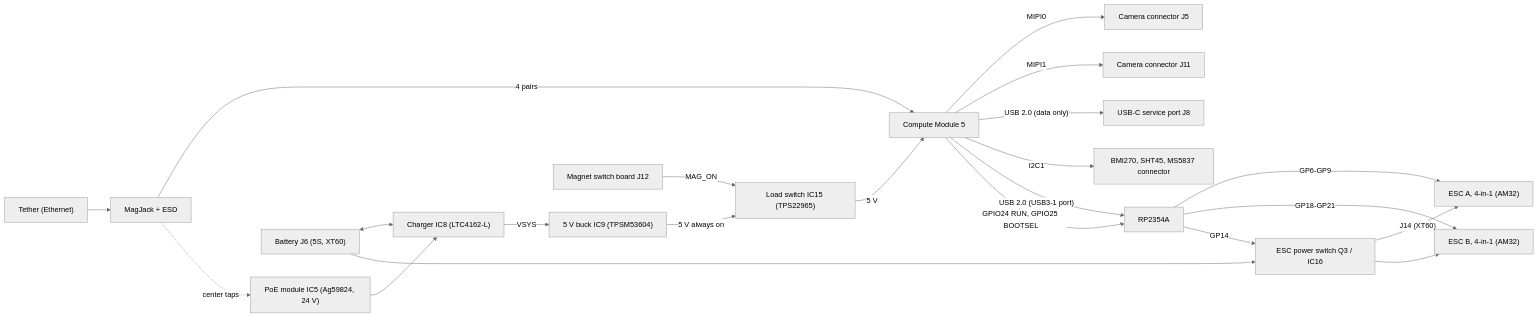
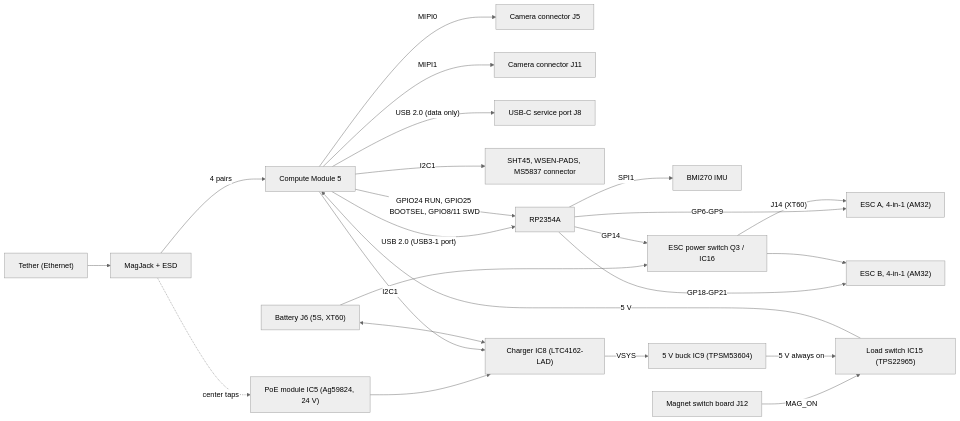
Before and after one commit to Tropaion/Manafish_Mainboard: the diagram in README.md, drawn with Mermaid (neutral theme). The commit also changed other lines of this file and 3 other files, not shown here.

````diff
--- a/README.md
+++ b/README.md
@@ -23,24 +27,26 @@
 ```mermaid
 flowchart LR
   tether["Tether (Ethernet)"] --> magjack["MagJack + ESD"]
   magjack -->|4 pairs| cm5["Compute Module 5"]
   magjack -.->|center taps| poe["PoE module IC5 (Ag59824, 24 V)"]
   cm5 -->|MIPI0| cam["Camera connector J5"]
   cm5 -->|MIPI1| cam2["Camera connector J11"]
   cm5 -->|"USB 2.0 (data only)"| service["USB-C service port J8"]
-  cm5 -->|I2C1| sensors["BMI270, SHT45, MS5837 connector"]
+  cm5 -->|I2C1| sensors["SHT45, WSEN-PADS, MS5837 connector"]
   cm5 -->|"USB 2.0 (USB3-1 port)"| mcu["RP2354A"]
-  cm5 -->|"GPIO24 RUN, GPIO25 BOOTSEL"| mcu
+  cm5 -->|"GPIO24 RUN, GPIO25 BOOTSEL, GPIO8/11 SWD"| mcu
+  mcu -->|SPI1| imu["BMI270 IMU"]
   mcu -->|GP6-GP9| escA["ESC A, 4-in-1 (AM32)"]
   mcu -->|GP18-GP21| escB["ESC B, 4-in-1 (AM32)"]
-  poe --> chg["Charger IC8 (LTC4162-L)"]
+  poe --> chg["Charger IC8 (LTC4162-LAD)"]
+  cm5 -->|I2C1| chg
   bat["Battery J6 (5S, XT60)"] <--> chg
   bat --> escsw["ESC power switch Q3 / IC16"]
   mcu -->|GP14| escsw
   escsw -->|"J14 (XT60)"| escA
   escsw --> escB
   chg -->|VSYS| buck["5 V buck IC9 (TPSM53604)"]
   mag["Magnet switch board J12"] -->|MAG_ON| lsw
   buck -->|5 V always on| lsw["Load switch IC15 (TPS22965)"]
   lsw -->|5 V| cm5
 ```
````
